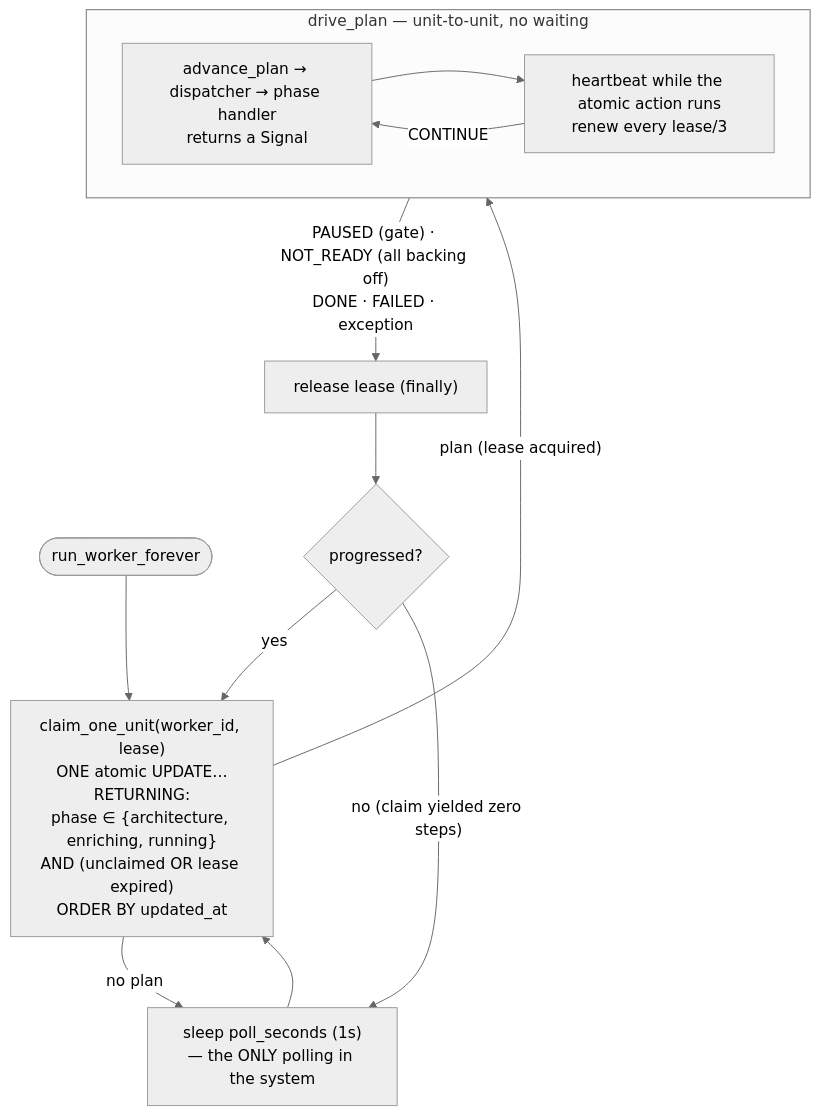
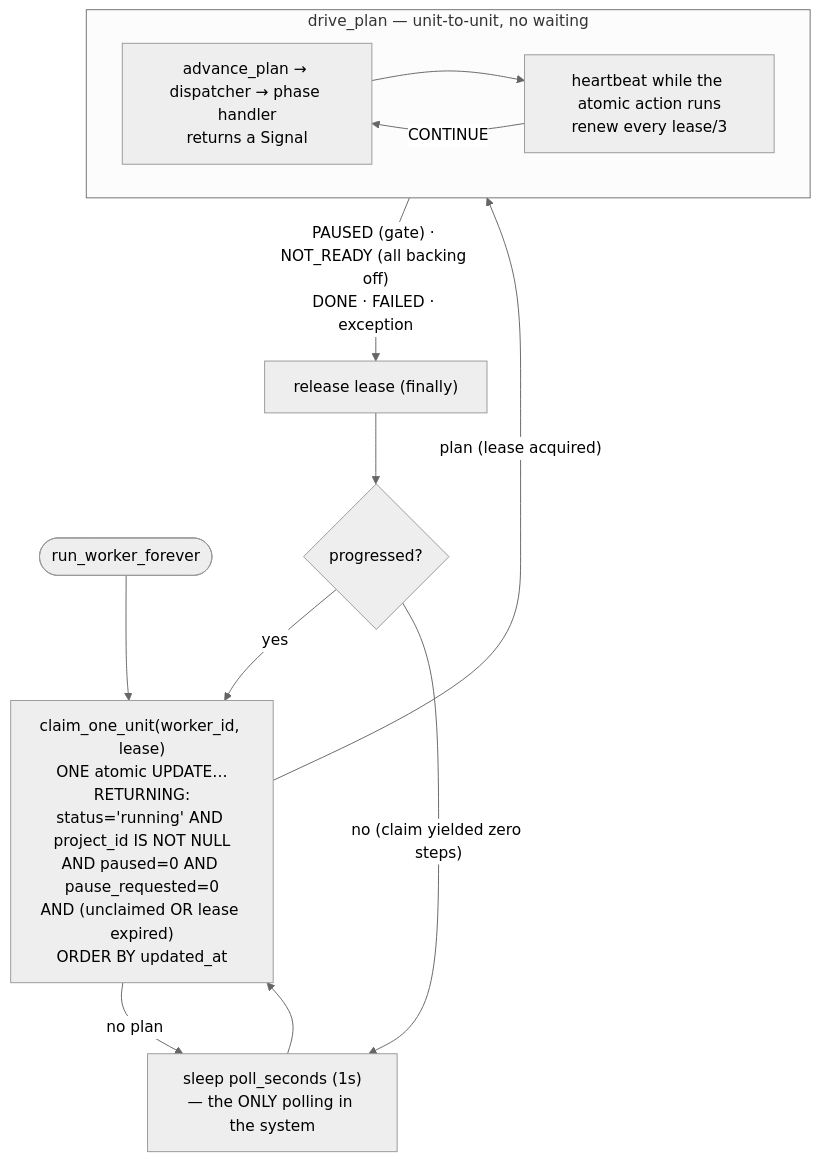
The first of 3 diagrams in docs/architecture/execution-model.md (guilhermeUpToTask/agent-orchestrator-prototype), drawn with Mermaid (neutral theme) before and after one commit. The commit also changed 3 other files, not shown here.

````diff
--- a/docs/architecture/execution-model.md
+++ b/docs/architecture/execution-model.md
@@ -9,19 +9,19 @@
 ```mermaid
 flowchart TB
-    start([run_worker_forever]) --> claim["claim_one_unit(worker_id, lease)<br/>ONE atomic UPDATE…RETURNING:<br/>phase ∈ {architecture, enriching, running}<br/>AND (unclaimed OR lease expired)<br/>ORDER BY updated_at"]
+    start([run_worker_forever]) --> claim["claim_one_unit(worker_id, lease)<br/>ONE atomic UPDATE…RETURNING:<br/>status='running' AND project_id IS NOT NULL<br/>AND paused=0 AND pause_requested=0<br/>AND (unclaimed OR lease expired)<br/>ORDER BY updated_at"]
     claim -->|no plan| sleep["sleep poll_seconds (1s)<br/>— the ONLY polling in the system"]
     sleep --> claim
     claim -->|"plan (lease acquired)"| drive
 
     subgraph drive["drive_plan — unit-to-unit, no waiting"]
         adv["advance_plan → dispatcher → phase handler<br/>returns a Signal"]
         hb["heartbeat while the atomic action runs<br/>renew every lease/3"]
         adv --> hb
         hb -->|CONTINUE| adv
     end
 
     drive -->|"PAUSED (gate) · NOT_READY (all backing off)<br/>DONE · FAILED · exception"| release["release lease (finally)"]
     release --> progress{progressed?}
     progress -->|yes| claim
     progress -->|"no (claim yielded zero steps)"| sleep
 ```
````
